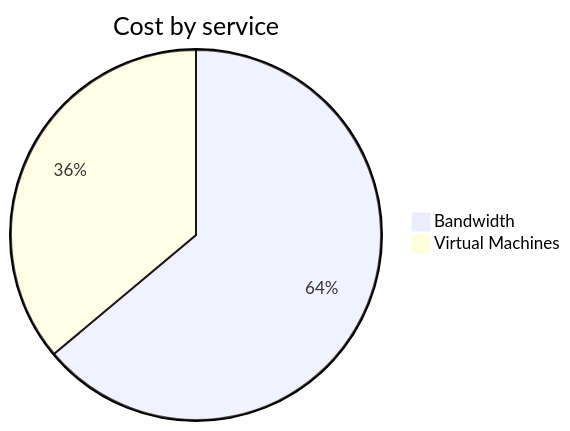
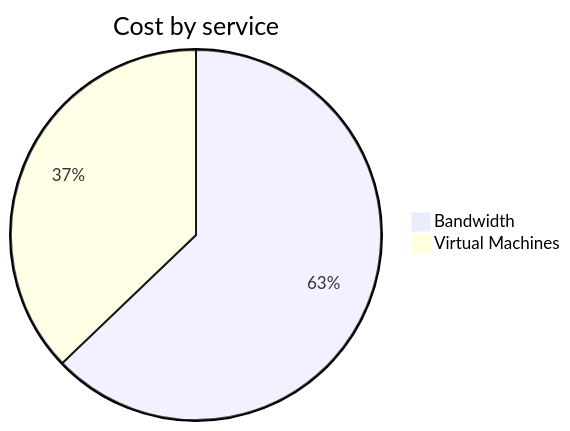
The second of 4 diagrams in cost-reports/personal-network/vpn-server.md (jpfulton/azure-personal-reports), drawn with Mermaid before and after one commit. The commit also changed other lines of this file and 8 other files, not shown here.

````diff
--- a/cost-reports/personal-network/vpn-server.md
+++ b/cost-reports/personal-network/vpn-server.md
@@ -96,6 +96,6 @@
 ```mermaid
 pie
    title Cost by service
-   "Bandwidth" : 2.62
-   "Virtual Machines" : 1.48
+   "Bandwidth" : 2.79
+   "Virtual Machines" : 1.65
 ```
````
